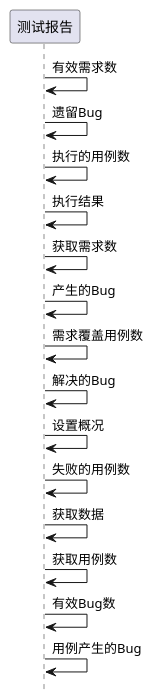
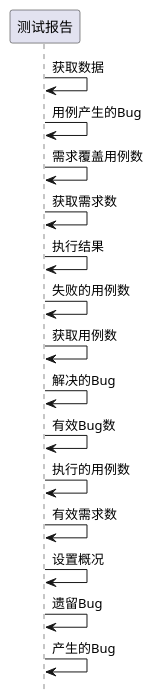
One commit to zj335841911/nt_chandao changed the eighth of 9 diagrams in ibizpms-docs/src/main/doc/v1/module/zentao/TestReport_old.md. Above: the diagram before and after it, drawn with PlantUML. The commit also changed other lines of this file and 2125 other files, not shown here.

```diff
--- a/ibizpms-docs/src/main/doc/v1/module/zentao/TestReport_old.md
+++ b/ibizpms-docs/src/main/doc/v1/module/zentao/TestReport_old.md
@@ -317,18 +317,18 @@
 {% plantuml %}
 hide footbox
 
+测试报告 -> 测试报告: 获取数据
+测试报告 -> 测试报告: 用例产生的Bug
+测试报告 -> 测试报告: 需求覆盖用例数
+测试报告 -> 测试报告: 获取需求数
+测试报告 -> 测试报告: 执行结果
+测试报告 -> 测试报告: 失败的用例数
+测试报告 -> 测试报告: 获取用例数
+测试报告 -> 测试报告: 解决的Bug
+测试报告 -> 测试报告: 有效Bug数
+测试报告 -> 测试报告: 执行的用例数
 测试报告 -> 测试报告: 有效需求数
+测试报告 -> 测试报告: 设置概况
 测试报告 -> 测试报告: 遗留Bug
-测试报告 -> 测试报告: 执行的用例数
-测试报告 -> 测试报告: 执行结果
-测试报告 -> 测试报告: 获取需求数
 测试报告 -> 测试报告: 产生的Bug
-测试报告 -> 测试报告: 需求覆盖用例数
-测试报告 -> 测试报告: 解决的Bug
-测试报告 -> 测试报告: 设置概况
-测试报告 -> 测试报告: 失败的用例数
-测试报告 -> 测试报告: 获取数据
-测试报告 -> 测试报告: 获取用例数
-测试报告 -> 测试报告: 有效Bug数
-测试报告 -> 测试报告: 用例产生的Bug
 {% endplantuml %}
```
